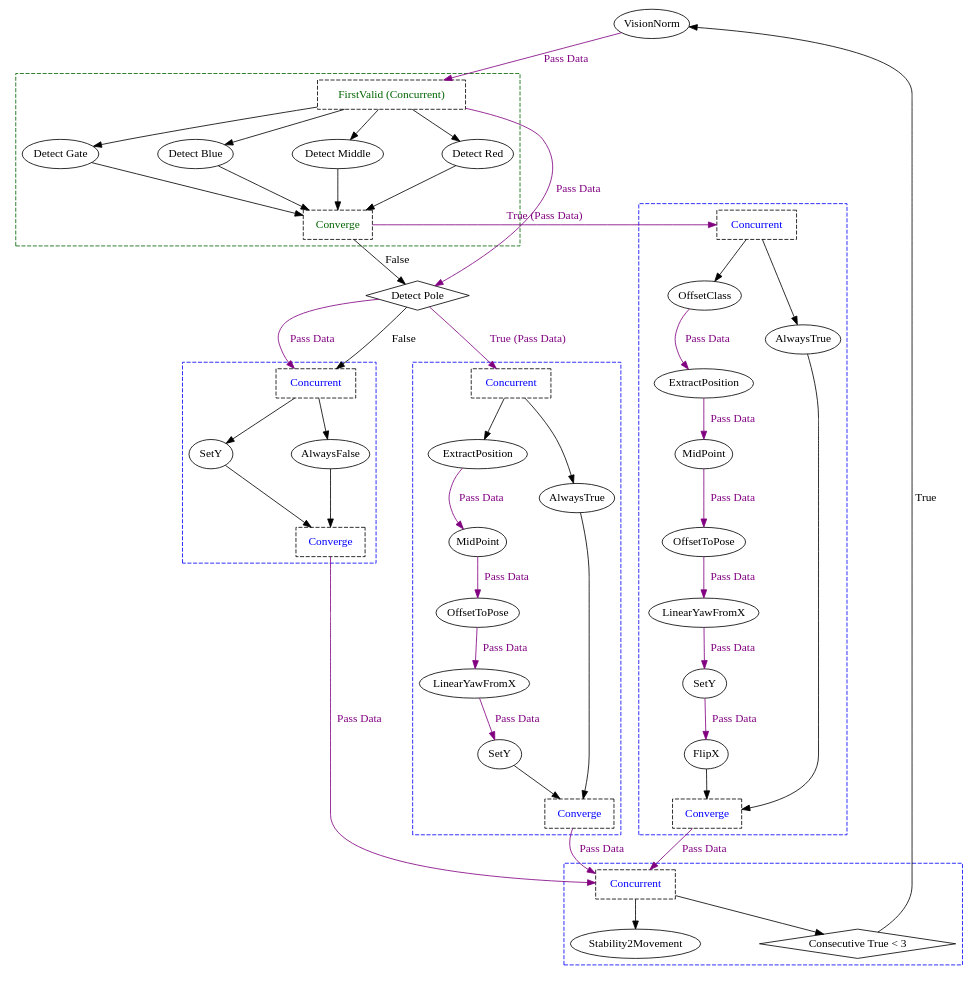
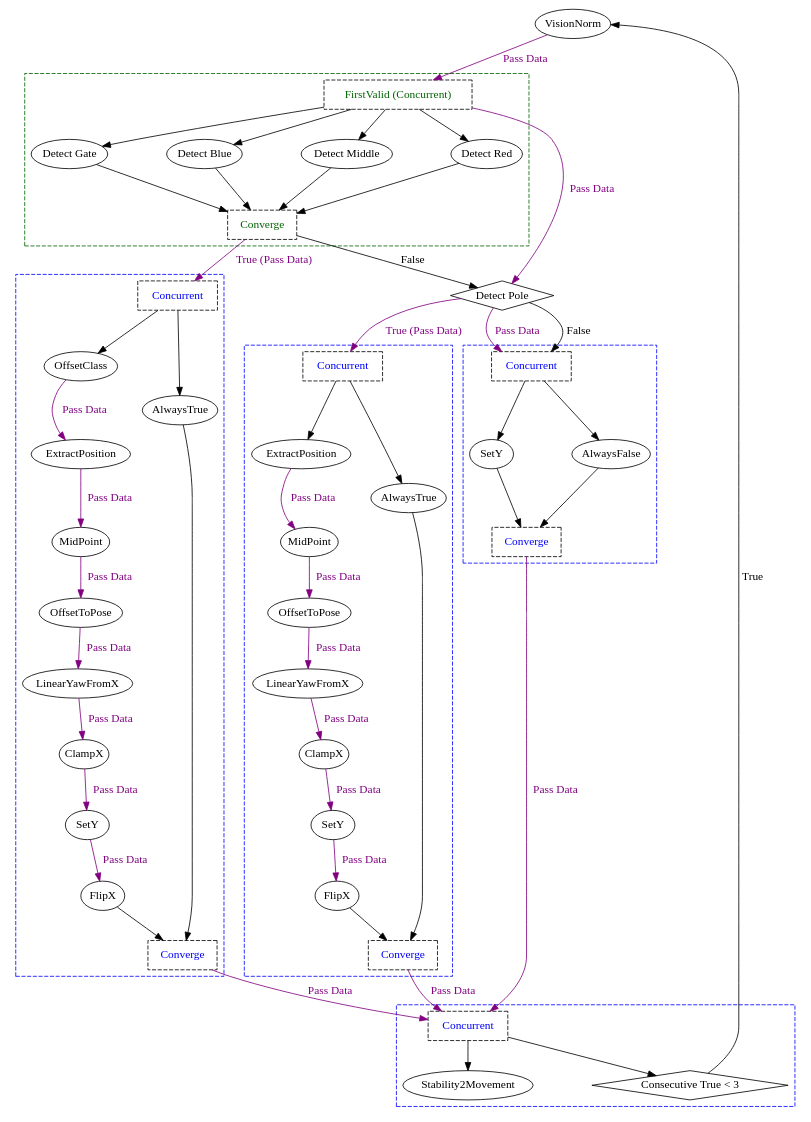
Before and after one commit to ncsurobotics/SW8S-Rust: the diagram in graphs/pool_test_2024-07-14/gate/gate_run_testing.dot, drawn with Graphviz. The commit also changed 21 other files, not shown here.

```diff
--- a/graphs/pool_test_2024-07-14/gate/gate_run_testing.dot
+++ b/graphs/pool_test_2024-07-14/gate/gate_run_testing.dot
@@ -2,108 +2,114 @@
 	splines = true;
 	nodesep = 1.0;
 	bgcolor = "none"
-	"e0704a11-c3af-472e-aba2-a2b10e6df202" [shape = diamond];
-	"b6802f31-9d74-4cfe-8be8-72e0e90658f4" [shape = diamond];
-	"7ad8b268-d00e-4b48-8cb7-df51468dfd5a" [shape = diamond];
-	subgraph "cluster_ced65ced-3e06-40be-ac0b-ff49cbd42b7a" {
+	"563cb2d5-53cb-47b2-a948-9b9029cb8700" [shape = diamond];
+	"9b65f793-862e-4253-8915-49449473a013" [shape = diamond];
+	"3ee2d00c-e61a-4e1f-b535-37ff0aa0bb76" [shape = diamond];
+	subgraph "cluster_d7bf9943-c9df-4a7b-8330-c5ad05c21caa" {
 		style = dashed;
 		color = blue;
-		"0d48600b-0c92-4ff3-8c16-b4f1cde5e110" -> "49ef4503-7079-49fa-926a-238c2b1b0d73" [color = purple, fontcolor = purple, label = "Pass Data"];
-		"675e2c38-26f0-4eed-9f2a-16bab4f2f1cd" -> "0d48600b-0c92-4ff3-8c16-b4f1cde5e110" [color = purple, fontcolor = purple, label = "Pass Data"];
-		"9989a926-04c5-476d-935f-2aa0425b2b28" -> "675e2c38-26f0-4eed-9f2a-16bab4f2f1cd" [color = purple, fontcolor = purple, label = "Pass Data"];
-		"69504502-1b8b-42d1-930b-1bffaa4487cb" -> "9989a926-04c5-476d-935f-2aa0425b2b28" [color = purple, fontcolor = purple, label = "Pass Data"];
-		"635a1fe8-1c0c-40b4-bf4e-9d83add6fbb7" -> "69504502-1b8b-42d1-930b-1bffaa4487cb" [color = purple, fontcolor = purple, label = "Pass Data"];
-		"da35f4b4-964e-4bdc-b4cd-7ccdb8f9e813" -> "635a1fe8-1c0c-40b4-bf4e-9d83add6fbb7" [color = purple, fontcolor = purple, label = "Pass Data"];
-		"e8e9c646-4e52-4344-b84a-89c160f31bdb" -> "da35f4b4-964e-4bdc-b4cd-7ccdb8f9e813";
-		"e8e9c646-4e52-4344-b84a-89c160f31bdb" -> "db35ebaa-c824-41c1-9b10-027ab72d0fc1";
-		"49ef4503-7079-49fa-926a-238c2b1b0d73" -> "d13f838c-4673-404b-b544-e485d3fd392a";
-		"db35ebaa-c824-41c1-9b10-027ab72d0fc1" -> "d13f838c-4673-404b-b544-e485d3fd392a";
-		"e8e9c646-4e52-4344-b84a-89c160f31bdb" [label = "Concurrent", shape = box, fontcolor = blue, style = dashed];
-		"da35f4b4-964e-4bdc-b4cd-7ccdb8f9e813" [label = "OffsetClass", margin = 0];
-		"635a1fe8-1c0c-40b4-bf4e-9d83add6fbb7" [label = "ExtractPosition", margin = 0];
-		"69504502-1b8b-42d1-930b-1bffaa4487cb" [label = "MidPoint", margin = 0];
-		"9989a926-04c5-476d-935f-2aa0425b2b28" [label = "OffsetToPose", margin = 0];
-		"675e2c38-26f0-4eed-9f2a-16bab4f2f1cd" [label = "LinearYawFromX", margin = 0];
-		"0d48600b-0c92-4ff3-8c16-b4f1cde5e110" [label = "SetY", margin = 0];
-		"49ef4503-7079-49fa-926a-238c2b1b0d73" [label = "FlipX", margin = 0];
-		"db35ebaa-c824-41c1-9b10-027ab72d0fc1" [label = "AlwaysTrue", margin = 0];
-		"d13f838c-4673-404b-b544-e485d3fd392a" [label = "Converge", shape = box, fontcolor = blue, style = dashed];
+		"07843dc4-f42b-4bcc-a44e-7dee49fd34f9" -> "a87620bc-95ee-45d6-a026-3510394dc6ba" [color = purple, fontcolor = purple, label = "Pass Data"];
+		"47db35fb-e6a7-4966-9088-bec56d4ce14a" -> "07843dc4-f42b-4bcc-a44e-7dee49fd34f9" [color = purple, fontcolor = purple, label = "Pass Data"];
+		"d82c344d-2f19-40cd-8203-ec5a123f7400" -> "47db35fb-e6a7-4966-9088-bec56d4ce14a" [color = purple, fontcolor = purple, label = "Pass Data"];
+		"e6a60975-56f8-4c5a-9408-bcb7569db26a" -> "d82c344d-2f19-40cd-8203-ec5a123f7400" [color = purple, fontcolor = purple, label = "Pass Data"];
+		"8b9943a4-d7b3-41e8-842a-b7c52b12863f" -> "e6a60975-56f8-4c5a-9408-bcb7569db26a" [color = purple, fontcolor = purple, label = "Pass Data"];
+		"29fc1372-5ae4-4245-8ee5-8fff55f84657" -> "8b9943a4-d7b3-41e8-842a-b7c52b12863f" [color = purple, fontcolor = purple, label = "Pass Data"];
+		"7a3bcb52-d61f-44b9-9b6c-ef8bf0ec33ed" -> "29fc1372-5ae4-4245-8ee5-8fff55f84657" [color = purple, fontcolor = purple, label = "Pass Data"];
+		"4b01853b-5be9-4ced-9875-5936e2b1fba1" -> "7a3bcb52-d61f-44b9-9b6c-ef8bf0ec33ed";
+		"4b01853b-5be9-4ced-9875-5936e2b1fba1" -> "9e54ad0b-763f-41d1-93e4-94322ea8c86c";
+		"a87620bc-95ee-45d6-a026-3510394dc6ba" -> "11e74c8f-4557-4767-8af7-2a033539661f";
+		"9e54ad0b-763f-41d1-93e4-94322ea8c86c" -> "11e74c8f-4557-4767-8af7-2a033539661f";
+		"4b01853b-5be9-4ced-9875-5936e2b1fba1" [label = "Concurrent", shape = box, fontcolor = blue, style = dashed];
+		"7a3bcb52-d61f-44b9-9b6c-ef8bf0ec33ed" [label = "OffsetClass", margin = 0];
+		"29fc1372-5ae4-4245-8ee5-8fff55f84657" [label = "ExtractPosition", margin = 0];
+		"8b9943a4-d7b3-41e8-842a-b7c52b12863f" [label = "MidPoint", margin = 0];
+		"e6a60975-56f8-4c5a-9408-bcb7569db26a" [label = "OffsetToPose", margin = 0];
+		"d82c344d-2f19-40cd-8203-ec5a123f7400" [label = "LinearYawFromX", margin = 0];
+		"47db35fb-e6a7-4966-9088-bec56d4ce14a" [label = "ClampX", margin = 0];
+		"07843dc4-f42b-4bcc-a44e-7dee49fd34f9" [label = "SetY", margin = 0];
+		"a87620bc-95ee-45d6-a026-3510394dc6ba" [label = "FlipX", margin = 0];
+		"9e54ad0b-763f-41d1-93e4-94322ea8c86c" [label = "AlwaysTrue", margin = 0];
+		"11e74c8f-4557-4767-8af7-2a033539661f" [label = "Converge", shape = box, fontcolor = blue, style = dashed];
 	}
 	
-	subgraph "cluster_1a94e981-150c-429c-8477-ce3e0c9f6153" {
+	subgraph "cluster_1fa84941-e7f0-43be-83e9-77c38c3bfd07" {
 		style = dashed;
 		color = blue;
-		"8d32b5b9-faf7-4c5b-a0a3-41b41de23482" -> "f61c7ff1-45a0-4a99-b519-6a34eb4c427f" [color = purple, fontcolor = purple, label = "Pass Data"];
-		"42a23d16-78f3-4f3d-94c5-b516b8e9ac53" -> "8d32b5b9-faf7-4c5b-a0a3-41b41de23482" [color = purple, fontcolor = purple, label = "Pass Data"];
-		"71a57cb6-a1ad-49f8-8a08-355b2544b38b" -> "42a23d16-78f3-4f3d-94c5-b516b8e9ac53" [color = purple, fontcolor = purple, label = "Pass Data"];
-		"7b66c6b3-5fe6-4199-bb75-bf7fd0af0d15" -> "71a57cb6-a1ad-49f8-8a08-355b2544b38b" [color = purple, fontcolor = purple, label = "Pass Data"];
-		"8564d5bd-d8dd-4de0-87d9-fdcc3b29bf84" -> "7b66c6b3-5fe6-4199-bb75-bf7fd0af0d15";
-		"8564d5bd-d8dd-4de0-87d9-fdcc3b29bf84" -> "aa13983f-bf7e-4a27-a793-05f6b6b507ff";
-		"f61c7ff1-45a0-4a99-b519-6a34eb4c427f" -> "0f181e8a-3590-41da-a3ec-70faea9c4e6b";
-		"aa13983f-bf7e-4a27-a793-05f6b6b507ff" -> "0f181e8a-3590-41da-a3ec-70faea9c4e6b";
-		"8564d5bd-d8dd-4de0-87d9-fdcc3b29bf84" [label = "Concurrent", shape = box, fontcolor = blue, style = dashed];
-		"7b66c6b3-5fe6-4199-bb75-bf7fd0af0d15" [label = "ExtractPosition", margin = 0];
-		"71a57cb6-a1ad-49f8-8a08-355b2544b38b" [label = "MidPoint", margin = 0];
-		"42a23d16-78f3-4f3d-94c5-b516b8e9ac53" [label = "OffsetToPose", margin = 0];
-		"8d32b5b9-faf7-4c5b-a0a3-41b41de23482" [label = "LinearYawFromX", margin = 0];
-		"f61c7ff1-45a0-4a99-b519-6a34eb4c427f" [label = "SetY", margin = 0];
-		"aa13983f-bf7e-4a27-a793-05f6b6b507ff" [label = "AlwaysTrue", margin = 0];
-		"0f181e8a-3590-41da-a3ec-70faea9c4e6b" [label = "Converge", shape = box, fontcolor = blue, style = dashed];
+		"d00d02f0-1d93-40e0-895d-240890a15e2b" -> "294a4d8a-c89c-44e2-b82c-1e7b655f1c75" [color = purple, fontcolor = purple, label = "Pass Data"];
+		"d78ad17a-f300-4506-ae5f-c4287643bf68" -> "d00d02f0-1d93-40e0-895d-240890a15e2b" [color = purple, fontcolor = purple, label = "Pass Data"];
+		"85892efb-b4a3-42d8-aa16-6adf2c56d51f" -> "d78ad17a-f300-4506-ae5f-c4287643bf68" [color = purple, fontcolor = purple, label = "Pass Data"];
+		"c5b0bd0f-e7a8-4dc3-8b0d-215687342b19" -> "85892efb-b4a3-42d8-aa16-6adf2c56d51f" [color = purple, fontcolor = purple, label = "Pass Data"];
+		"93db2c84-7e1c-4a69-aa6e-0f2142a5abfb" -> "c5b0bd0f-e7a8-4dc3-8b0d-215687342b19" [color = purple, fontcolor = purple, label = "Pass Data"];
+		"f7f9744c-e7cb-4524-94ec-54bd2dfa62c4" -> "93db2c84-7e1c-4a69-aa6e-0f2142a5abfb" [color = purple, fontcolor = purple, label = "Pass Data"];
+		"c1c22b7f-74e9-4326-88c9-d837d36450cf" -> "f7f9744c-e7cb-4524-94ec-54bd2dfa62c4";
+		"c1c22b7f-74e9-4326-88c9-d837d36450cf" -> "cf29b81f-6496-444a-9611-2cb957880f12";
+		"294a4d8a-c89c-44e2-b82c-1e7b655f1c75" -> "97e40f9c-c16f-424a-922d-a2d773fb9f81";
+		"cf29b81f-6496-444a-9611-2cb957880f12" -> "97e40f9c-c16f-424a-922d-a2d773fb9f81";
+		"c1c22b7f-74e9-4326-88c9-d837d36450cf" [label = "Concurrent", shape = box, fontcolor = blue, style = dashed];
+		"f7f9744c-e7cb-4524-94ec-54bd2dfa62c4" [label = "ExtractPosition", margin = 0];
+		"93db2c84-7e1c-4a69-aa6e-0f2142a5abfb" [label = "MidPoint", margin = 0];
+		"c5b0bd0f-e7a8-4dc3-8b0d-215687342b19" [label = "OffsetToPose", margin = 0];
+		"85892efb-b4a3-42d8-aa16-6adf2c56d51f" [label = "LinearYawFromX", margin = 0];
+		"d78ad17a-f300-4506-ae5f-c4287643bf68" [label = "ClampX", margin = 0];
+		"d00d02f0-1d93-40e0-895d-240890a15e2b" [label = "SetY", margin = 0];
+		"294a4d8a-c89c-44e2-b82c-1e7b655f1c75" [label = "FlipX", margin = 0];
+		"cf29b81f-6496-444a-9611-2cb957880f12" [label = "AlwaysTrue", margin = 0];
+		"97e40f9c-c16f-424a-922d-a2d773fb9f81" [label = "Converge", shape = box, fontcolor = blue, style = dashed];
 	}
 	
-	subgraph "cluster_08ab68d7-d521-4adc-9838-24822be10d2d" {
+	subgraph "cluster_488e5215-b564-492e-8471-531c98d3dbdc" {
 		style = dashed;
 		color = blue;
-		"2798f576-40bc-4323-bf5d-579693bb4fb3" -> "bec888cd-e010-4ebd-919f-fcbfe55083c8";
-		"2798f576-40bc-4323-bf5d-579693bb4fb3" -> "91c17a7a-a1b9-415f-b570-ab6d769afb1d";
-		"bec888cd-e010-4ebd-919f-fcbfe55083c8" -> "d1a44313-baa0-4eef-885f-41850986ba9a";
-		"91c17a7a-a1b9-415f-b570-ab6d769afb1d" -> "d1a44313-baa0-4eef-885f-41850986ba9a";
-		"2798f576-40bc-4323-bf5d-579693bb4fb3" [label = "Concurrent", shape = box, fontcolor = blue, style = dashed];
-		"bec888cd-e010-4ebd-919f-fcbfe55083c8" [label = "SetY", margin = 0];
-		"91c17a7a-a1b9-415f-b570-ab6d769afb1d" [label = "AlwaysFalse", margin = 0];
-		"d1a44313-baa0-4eef-885f-41850986ba9a" [label = "Converge", shape = box, fontcolor = blue, style = dashed];
+		"e37aa080-189c-403d-a6d4-d6c97bcca00a" -> "0b62cb3f-22c4-41c4-b227-34a9d378dc84";
+		"e37aa080-189c-403d-a6d4-d6c97bcca00a" -> "d064f721-7d5a-4f20-a6db-5f85c31959cb";
+		"0b62cb3f-22c4-41c4-b227-34a9d378dc84" -> "bfc5845a-753e-415d-959d-e84d69ae8595";
+		"d064f721-7d5a-4f20-a6db-5f85c31959cb" -> "bfc5845a-753e-415d-959d-e84d69ae8595";
+		"e37aa080-189c-403d-a6d4-d6c97bcca00a" [label = "Concurrent", shape = box, fontcolor = blue, style = dashed];
+		"0b62cb3f-22c4-41c4-b227-34a9d378dc84" [label = "SetY", margin = 0];
+		"d064f721-7d5a-4f20-a6db-5f85c31959cb" [label = "AlwaysFalse", margin = 0];
+		"bfc5845a-753e-415d-959d-e84d69ae8595" [label = "Converge", shape = box, fontcolor = blue, style = dashed];
 	}
 	
-	subgraph "cluster_ed2d7243-74fe-4410-876a-771166d729d0" {
+	subgraph "cluster_3377dd30-6e60-4661-875b-1910e3300ee7" {
 		style = dashed;
 		color = darkgreen;
-		"a3435337-4d5a-4450-9d3a-1f4c2e217fbe" -> "461078e0-9dee-4277-9163-9819b31f5db3";
-		"a3435337-4d5a-4450-9d3a-1f4c2e217fbe" -> "a22176b1-a301-4c11-abc9-9f91eaacf048";
-		"a3435337-4d5a-4450-9d3a-1f4c2e217fbe" -> "8a8fbb8c-f31e-4e86-b828-8d306c439812";
-		"a3435337-4d5a-4450-9d3a-1f4c2e217fbe" -> "5ad83b2a-1daa-4001-9938-9bd46bbda56c";
-		"461078e0-9dee-4277-9163-9819b31f5db3" -> "b6802f31-9d74-4cfe-8be8-72e0e90658f4";
-		"a22176b1-a301-4c11-abc9-9f91eaacf048" -> "b6802f31-9d74-4cfe-8be8-72e0e90658f4";
-		"8a8fbb8c-f31e-4e86-b828-8d306c439812" -> "b6802f31-9d74-4cfe-8be8-72e0e90658f4";
-		"5ad83b2a-1daa-4001-9938-9bd46bbda56c" -> "b6802f31-9d74-4cfe-8be8-72e0e90658f4";
-		"a3435337-4d5a-4450-9d3a-1f4c2e217fbe" [label = "FirstValid (Concurrent)", shape = box, fontcolor = darkgreen, style = dashed];
-		"461078e0-9dee-4277-9163-9819b31f5db3" [label = "Detect Gate", margin = 0];
-		"a22176b1-a301-4c11-abc9-9f91eaacf048" [label = "Detect Blue", margin = 0];
-		"8a8fbb8c-f31e-4e86-b828-8d306c439812" [label = "Detect Middle", margin = 0];
-		"5ad83b2a-1daa-4001-9938-9bd46bbda56c" [label = "Detect Red", margin = 0];
-		"b6802f31-9d74-4cfe-8be8-72e0e90658f4" [label = "Converge", shape = box, fontcolor = darkgreen, style = dashed];
+		"a3306405-aea1-4b63-9062-4c08fc7b37a4" -> "0f68d2c2-5e36-4999-b456-65d999fff24a";
+		"a3306405-aea1-4b63-9062-4c08fc7b37a4" -> "2b368f70-1c5b-4381-87bd-ff73655406e4";
+		"a3306405-aea1-4b63-9062-4c08fc7b37a4" -> "6acacf96-779c-471d-baea-12e94c81e009";
+		"a3306405-aea1-4b63-9062-4c08fc7b37a4" -> "ac6b53f9-7a10-45c2-974c-12da7bc4f508";
+		"0f68d2c2-5e36-4999-b456-65d999fff24a" -> "9b65f793-862e-4253-8915-49449473a013";
+		"2b368f70-1c5b-4381-87bd-ff73655406e4" -> "9b65f793-862e-4253-8915-49449473a013";
+		"6acacf96-779c-471d-baea-12e94c81e009" -> "9b65f793-862e-4253-8915-49449473a013";
+		"ac6b53f9-7a10-45c2-974c-12da7bc4f508" -> "9b65f793-862e-4253-8915-49449473a013";
+		"a3306405-aea1-4b63-9062-4c08fc7b37a4" [label = "FirstValid (Concurrent)", shape = box, fontcolor = darkgreen, style = dashed];
+		"0f68d2c2-5e36-4999-b456-65d999fff24a" [label = "Detect Gate", margin = 0];
+		"2b368f70-1c5b-4381-87bd-ff73655406e4" [label = "Detect Blue", margin = 0];
+		"6acacf96-779c-471d-baea-12e94c81e009" [label = "Detect Middle", margin = 0];
+		"ac6b53f9-7a10-45c2-974c-12da7bc4f508" [label = "Detect Red", margin = 0];
+		"9b65f793-862e-4253-8915-49449473a013" [label = "Converge", shape = box, fontcolor = darkgreen, style = dashed];
 	}
 	
-	subgraph "cluster_de894894-4fb4-411f-828f-81b1c8746a7b" {
+	subgraph "cluster_7156fa82-303f-47b5-be8a-af0451c7f48f" {
 		style = dashed;
 		color = blue;
-		"b2aa5947-df39-4247-87a2-0142f4b01c2b" -> "084276bb-323a-4314-aa82-c06cdebd7868";
-		"b2aa5947-df39-4247-87a2-0142f4b01c2b" -> "7ad8b268-d00e-4b48-8cb7-df51468dfd5a";
-		"b2aa5947-df39-4247-87a2-0142f4b01c2b" [label = "Concurrent", shape = box, fontcolor = blue, style = dashed];
-		"084276bb-323a-4314-aa82-c06cdebd7868" [label = "Stability2Movement", margin = 0];
-		"7ad8b268-d00e-4b48-8cb7-df51468dfd5a" [label = "Consecutive True < 3", margin = 0];
+		"c9f796af-82c3-43bc-9b20-d2b21169ac1d" -> "a31c1ae1-4dab-4e46-9fb6-fc84d4085eee";
+		"c9f796af-82c3-43bc-9b20-d2b21169ac1d" -> "3ee2d00c-e61a-4e1f-b535-37ff0aa0bb76";
+		"c9f796af-82c3-43bc-9b20-d2b21169ac1d" [label = "Concurrent", shape = box, fontcolor = blue, style = dashed];
+		"a31c1ae1-4dab-4e46-9fb6-fc84d4085eee" [label = "Stability2Movement", margin = 0];
+		"3ee2d00c-e61a-4e1f-b535-37ff0aa0bb76" [label = "Consecutive True < 3", margin = 0];
 	}
 	
-	"e0704a11-c3af-472e-aba2-a2b10e6df202" -> "8564d5bd-d8dd-4de0-87d9-fdcc3b29bf84" [color = purple, fontcolor = purple, label = "True (Pass Data)"];
-	"e0704a11-c3af-472e-aba2-a2b10e6df202" -> "2798f576-40bc-4323-bf5d-579693bb4fb3" [label = "False"];
-	"e0704a11-c3af-472e-aba2-a2b10e6df202" -> "2798f576-40bc-4323-bf5d-579693bb4fb3" [color = purple, fontcolor = purple, label = "Pass Data"];
-	"b6802f31-9d74-4cfe-8be8-72e0e90658f4" -> "e8e9c646-4e52-4344-b84a-89c160f31bdb" [color = purple, fontcolor = purple, label = "True (Pass Data)"];
-	"b6802f31-9d74-4cfe-8be8-72e0e90658f4" -> "e0704a11-c3af-472e-aba2-a2b10e6df202" [label = "False"];
-	"a3435337-4d5a-4450-9d3a-1f4c2e217fbe" -> "e0704a11-c3af-472e-aba2-a2b10e6df202" [color = purple, fontcolor = purple, label = "Pass Data"];
-	"d13f838c-4673-404b-b544-e485d3fd392a" -> "b2aa5947-df39-4247-87a2-0142f4b01c2b" [color = purple, fontcolor = purple, label = "Pass Data"];
-	"0f181e8a-3590-41da-a3ec-70faea9c4e6b" -> "b2aa5947-df39-4247-87a2-0142f4b01c2b" [color = purple, fontcolor = purple, label = "Pass Data"];
-	"d1a44313-baa0-4eef-885f-41850986ba9a" -> "b2aa5947-df39-4247-87a2-0142f4b01c2b" [color = purple, fontcolor = purple, label = "Pass Data"];
-	"4fd01c9d-322e-410e-b25c-d0d9ff5ac0f5" -> "a3435337-4d5a-4450-9d3a-1f4c2e217fbe" [color = purple, fontcolor = purple, label = "Pass Data"];
-	"7ad8b268-d00e-4b48-8cb7-df51468dfd5a" -> "4fd01c9d-322e-410e-b25c-d0d9ff5ac0f5" [label = "True"];
-	"4fd01c9d-322e-410e-b25c-d0d9ff5ac0f5" [label = "VisionNorm", margin = 0];
-	"e0704a11-c3af-472e-aba2-a2b10e6df202" [label = "Detect Pole", margin = 0];
+	"563cb2d5-53cb-47b2-a948-9b9029cb8700" -> "c1c22b7f-74e9-4326-88c9-d837d36450cf" [color = purple, fontcolor = purple, label = "True (Pass Data)"];
+	"563cb2d5-53cb-47b2-a948-9b9029cb8700" -> "e37aa080-189c-403d-a6d4-d6c97bcca00a" [label = "False"];
+	"563cb2d5-53cb-47b2-a948-9b9029cb8700" -> "e37aa080-189c-403d-a6d4-d6c97bcca00a" [color = purple, fontcolor = purple, label = "Pass Data"];
+	"9b65f793-862e-4253-8915-49449473a013" -> "4b01853b-5be9-4ced-9875-5936e2b1fba1" [color = purple, fontcolor = purple, label = "True (Pass Data)"];
+	"9b65f793-862e-4253-8915-49449473a013" -> "563cb2d5-53cb-47b2-a948-9b9029cb8700" [label = "False"];
+	"a3306405-aea1-4b63-9062-4c08fc7b37a4" -> "563cb2d5-53cb-47b2-a948-9b9029cb8700" [color = purple, fontcolor = purple, label = "Pass Data"];
+	"11e74c8f-4557-4767-8af7-2a033539661f" -> "c9f796af-82c3-43bc-9b20-d2b21169ac1d" [color = purple, fontcolor = purple, label = "Pass Data"];
+	"97e40f9c-c16f-424a-922d-a2d773fb9f81" -> "c9f796af-82c3-43bc-9b20-d2b21169ac1d" [color = purple, fontcolor = purple, label = "Pass Data"];
+	"bfc5845a-753e-415d-959d-e84d69ae8595" -> "c9f796af-82c3-43bc-9b20-d2b21169ac1d" [color = purple, fontcolor = purple, label = "Pass Data"];
+	"b24076d3-288b-40d1-ab43-1283617bd36a" -> "a3306405-aea1-4b63-9062-4c08fc7b37a4" [color = purple, fontcolor = purple, label = "Pass Data"];
+	"3ee2d00c-e61a-4e1f-b535-37ff0aa0bb76" -> "b24076d3-288b-40d1-ab43-1283617bd36a" [label = "True"];
+	"b24076d3-288b-40d1-ab43-1283617bd36a" [label = "VisionNorm", margin = 0];
+	"563cb2d5-53cb-47b2-a948-9b9029cb8700" [label = "Detect Pole", margin = 0];
 }
```
